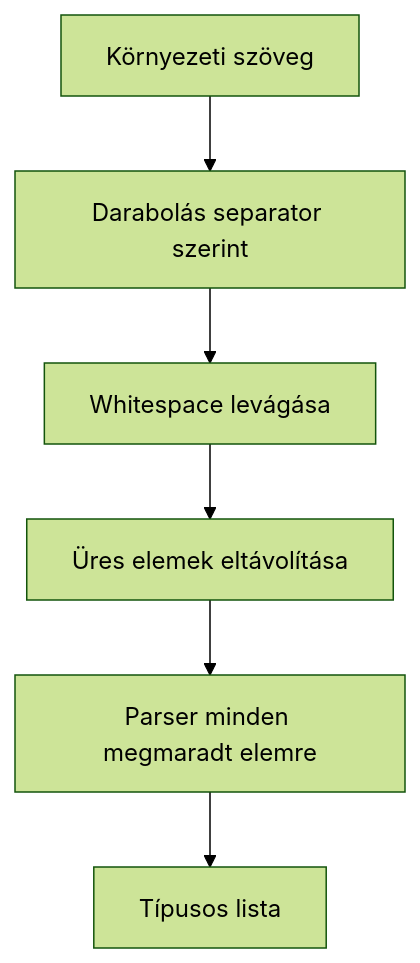
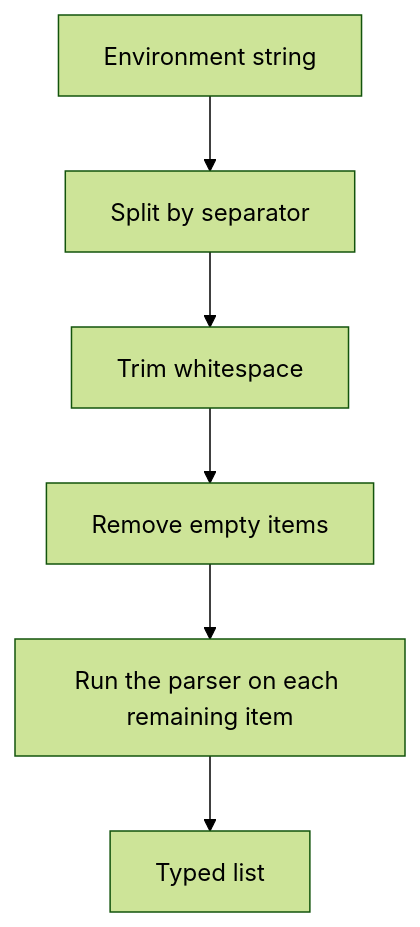
The diagram in book/02-values.md (atom-forge/env-reader), drawn with Mermaid (forest theme) before and after one commit. The commit also changed other lines of this file and 7 other files, not shown here.

````diff
--- a/book/02-values.md
+++ b/book/02-values.md
@@ -47,8 +47,8 @@
 ```mermaid
 flowchart TD
-    A[Környezeti szöveg] --> B[Darabolás separator szerint]
-    B --> C[Whitespace levágása]
-    C --> D[Üres elemek eltávolítása]
-    D --> E[Parser minden megmaradt elemre]
-    E --> F[Típusos lista]
+    A[Environment string] --> B[Split by separator]
+    B --> C[Trim whitespace]
+    C --> D[Remove empty items]
+    D --> E[Run the parser on each remaining item]
+    E --> F[Typed list]
 ```
````
